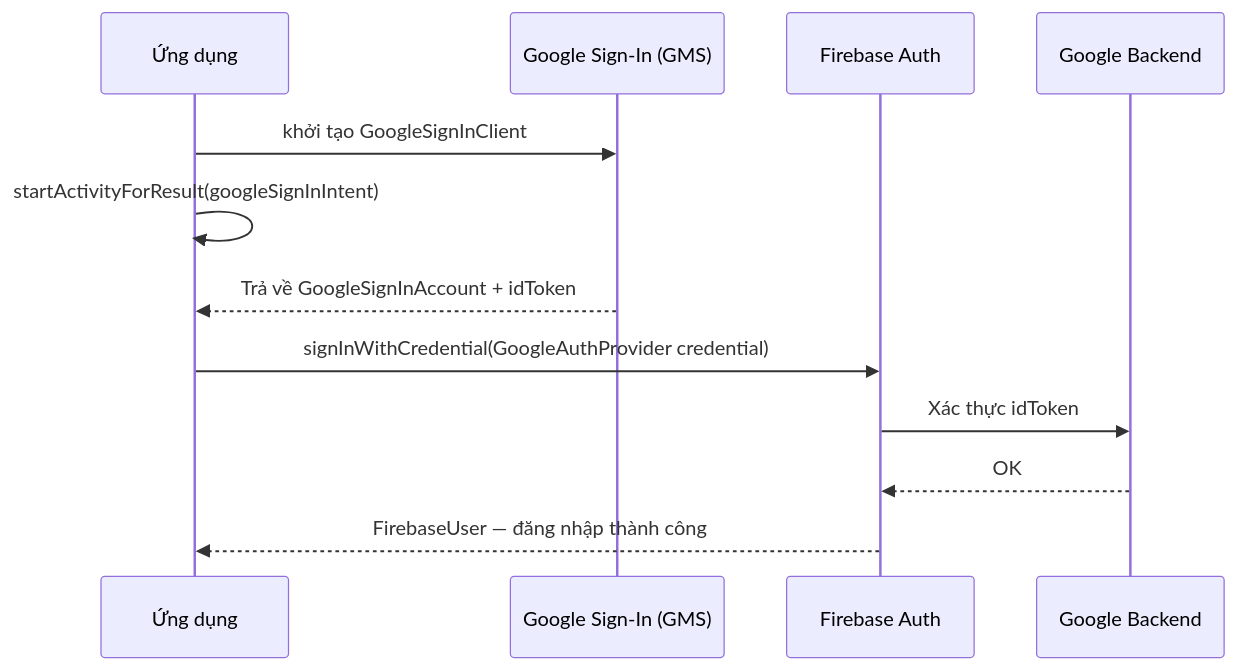
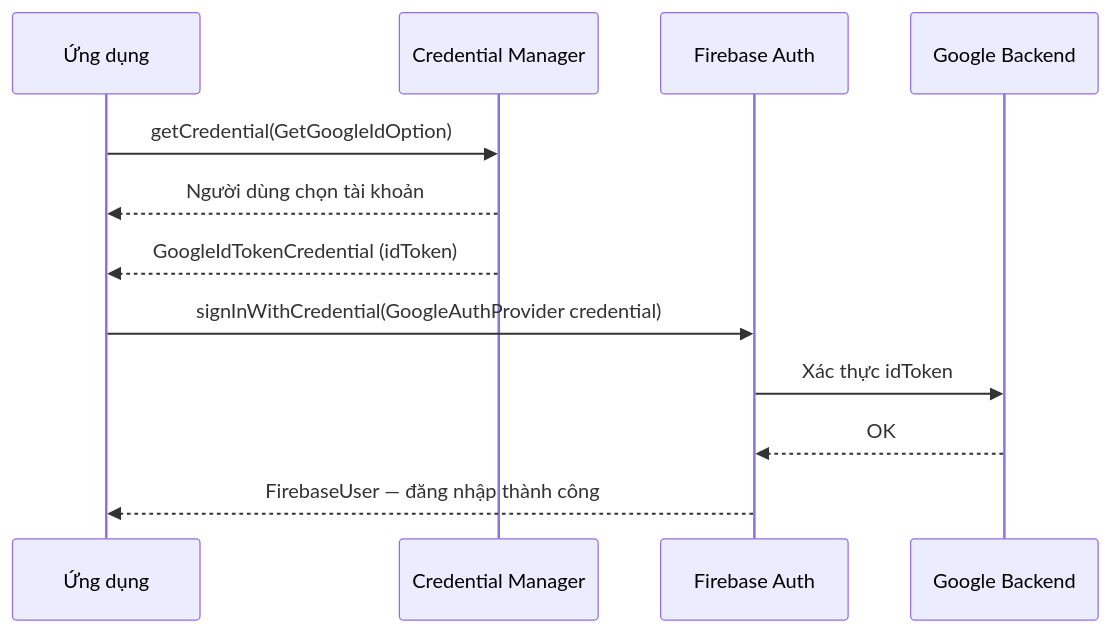
Before and after one commit to h1eu/knowledge: the seventh of 8 diagrams in knowledge/android/docs/session_04/components/services/google_service.md, drawn with Mermaid. The commit also changed other lines of this file and 76 other files, not shown here.

First line of the commit message:
docs(android): add Compose Overview, fix S01–S05 facts and diagrams

````diff
--- a/knowledge/android/docs/session_04/components/services/google_service.md
+++ b/knowledge/android/docs/session_04/components/services/google_service.md
@@ -388,15 +441,15 @@
 ```mermaid
 sequenceDiagram
     participant App as Ứng dụng
-    participant GMS as Google Sign-In (GMS)
+    participant GMS as Credential Manager
     participant FB as Firebase Auth
     participant GCloud as Google Backend
 
-    App->>GMS: khởi tạo GoogleSignInClient
-    App->>App: startActivityForResult(googleSignInIntent)
-    GMS-->>App: Trả về GoogleSignInAccount + idToken
+    App->>GMS: getCredential(GetGoogleIdOption)
+    GMS-->>App: Người dùng chọn tài khoản
+    GMS-->>App: GoogleIdTokenCredential (idToken)
     App->>FB: signInWithCredential(GoogleAuthProvider credential)
     FB->>GCloud: Xác thực idToken
     GCloud-->>FB: OK
     FB-->>App: FirebaseUser — đăng nhập thành công
 ```
````
